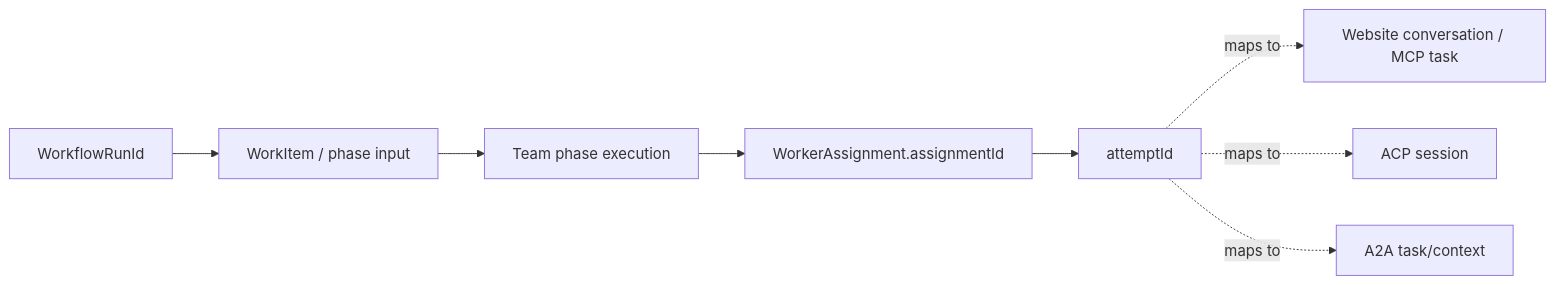
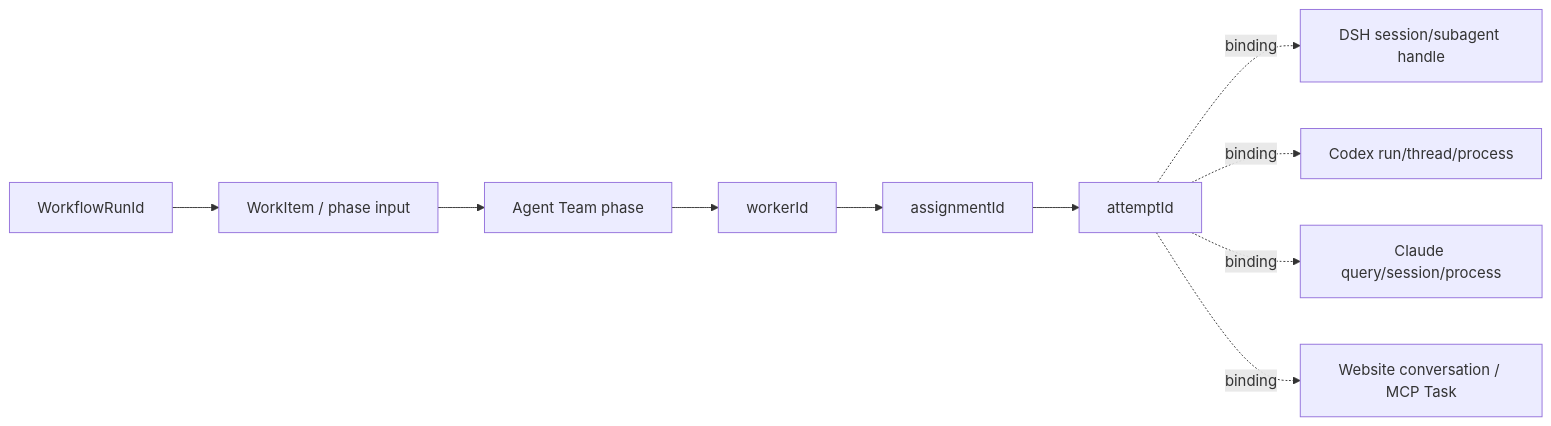
The fifth of 6 diagrams in docs/architecture/README.md (tsuuanmi/AgentOS), drawn with Mermaid before and after one commit. The commit also changed other lines of this file, not shown here.

Commit message:
docs: make plugins and Worker providers canonical

```diff
--- a/docs/architecture/README.md
+++ b/docs/architecture/README.md
@@ -222,11 +311,20 @@
 ~~~mermaid
 flowchart LR
-    WR[WorkflowRunId] --> WI[WorkItem / phase input]
-    WI --> TA[Team phase execution]
-    TA --> WA[WorkerAssignment.assignmentId]
-    WA --> ATT[attemptId]
+    RUN[WorkflowRunId]
+    ITEM[WorkItem / phase input]
+    PHASE[Agent Team phase]
+    WORKER[workerId]
+    ASSIGN[assignmentId]
+    ATTEMPT[attemptId]
 
-    ATT -. maps to .-> H1[Website conversation / MCP task]
-    ATT -. maps to .-> H2[ACP session]
-    ATT -. maps to .-> H3[A2A task/context]
+    RUN --> ITEM
+    ITEM --> PHASE
+    PHASE --> WORKER
+    WORKER --> ASSIGN
+    ASSIGN --> ATTEMPT
+
+    ATTEMPT -. binding .-> DSH[DSH session/subagent handle]
+    ATTEMPT -. binding .-> CX[Codex run/thread/process]
+    ATTEMPT -. binding .-> CL[Claude query/session/process]
+    ATTEMPT -. binding .-> WEB[Website conversation / MCP Task]
 ~~~
```
